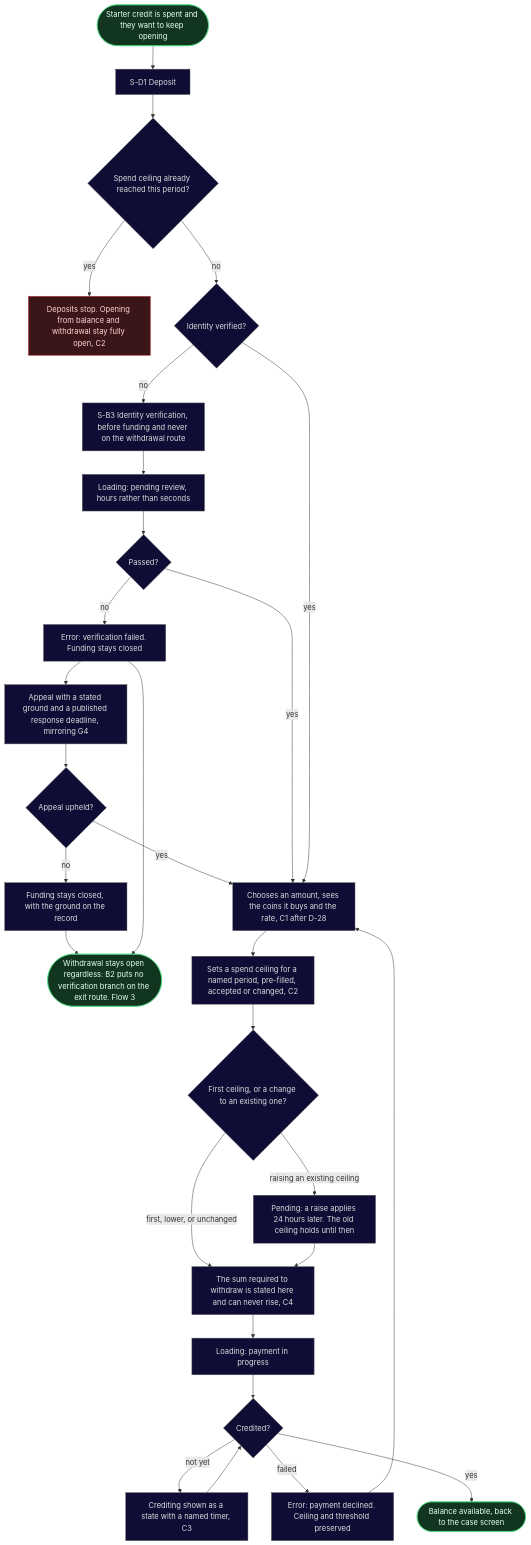
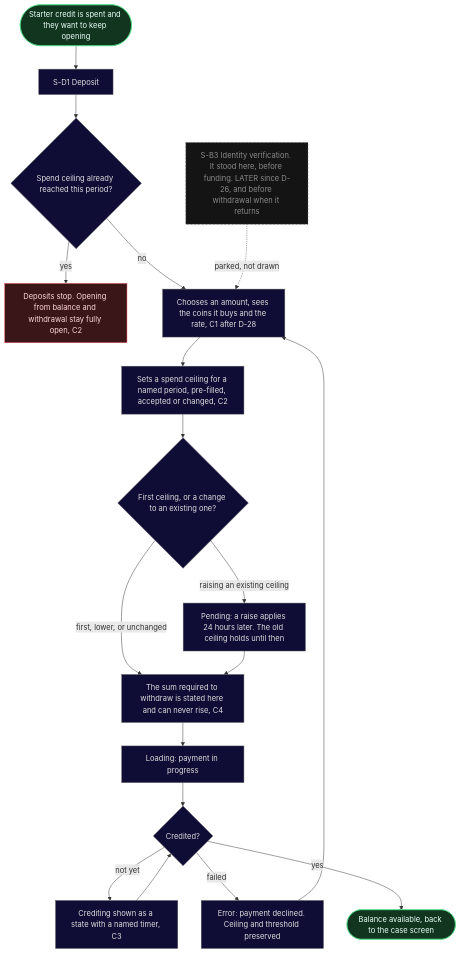
The third of 6 diagrams in ia/docs/flows.md (sergiodesign4u-dot/cs2-clutch), drawn with Mermaid before and after one commit. The commit also changed other lines of this file and 25 other files, not shown here.

````diff
--- a/ia/docs/flows.md
+++ b/ia/docs/flows.md
@@ -120,38 +120,30 @@
 ```mermaid
 flowchart TD
     D0(["Starter credit is spent and they want to keep opening"]) --> Dep["S-D1 Deposit"]
     Dep --> Hit{"Spend ceiling already reached this period?"}
     Hit -->|yes| Stop["Deposits stop. Opening from balance and withdrawal stay fully open, C2"]
-    Hit -->|no| Ver{"Identity verified?"}
-    Ver -->|no| Ident["S-B3 Identity verification, before funding and never on the withdrawal route"]
-    Ident --> IdWait["Loading: pending review, hours rather than seconds"]
-    IdWait --> IdOk{"Passed?"}
-    IdOk -->|no| IdFail["Error: verification failed. Funding stays closed"]
-    IdFail --> IdAppeal["Appeal with a stated ground and a published response deadline, mirroring G4"]
-    IdAppeal --> Upheld{"Appeal upheld?"}
-    Upheld -->|yes| Amount
-    Upheld -->|no| Closed2["Funding stays closed, with the ground on the record"]
-    Closed2 --> Exit2
-    IdFail --> Exit2(["Withdrawal stays open regardless: B2 puts no verification branch on the exit route. Flow 3"])
-    IdOk -->|yes| Amount["Chooses an amount, sees the coins it buys and the rate, C1 after D-28"]
-    Ver -->|yes| Amount
+    Hit -->|no| Amount["Chooses an amount, sees the coins it buys and the rate, C1 after D-28"]
+    Ident["S-B3 Identity verification. It stood here, before funding. LATER since D-26, and before withdrawal when it returns"]
+    Ident -.->|"parked, not drawn"| Amount
     Amount --> Ceiling["Sets a spend ceiling for a named period, pre-filled, accepted or changed, C2"]
     Ceiling --> Dir{"First ceiling, or a change to an existing one?"}
     Dir -->|"first, lower, or unchanged"| Threshold["The sum required to withdraw is stated here and can never rise, C4"]
     Dir -->|"raising an existing ceiling"| Pending24["Pending: a raise applies 24 hours later. The old ceiling holds until then"]
     Pending24 --> Threshold
     Threshold --> Pay["Loading: payment in progress"]
     Pay --> Credited{"Credited?"}
     Credited -->|"not yet"| Pending["Crediting shown as a state with a named timer, C3"]
     Pending --> Credited
     Credited -->|failed| PayErr["Error: payment declined. Ceiling and threshold preserved"]
     PayErr --> Amount
     Credited -->|yes| Bal(["Balance available, back to the case screen"])
 
     classDef success fill:#12351f,stroke:#4ade80,color:#eafff9;
     classDef dead fill:#3a1618,stroke:#e5484d,color:#ffd7d7;
     classDef neutral fill:#0f0c35,stroke:#5a5a5a,color:#dddddd;
-    class D0,Bal,Exit2 success;
+    classDef parked fill:#141414,stroke:#5a5a5a,color:#8a8a8a,stroke-dasharray:4 4;
+    class D0,Bal success;
     class Stop dead;
-    class Dep,Hit,Ver,Ident,IdWait,IdOk,IdFail,IdAppeal,Upheld,Closed2,Amount,Ceiling,Dir,Pending24,Threshold,Pay,Credited,Pending,PayErr neutral;
+    class Ident parked;
+    class Dep,Hit,Amount,Ceiling,Dir,Pending24,Threshold,Pay,Credited,Pending,PayErr neutral;
 ```
````
